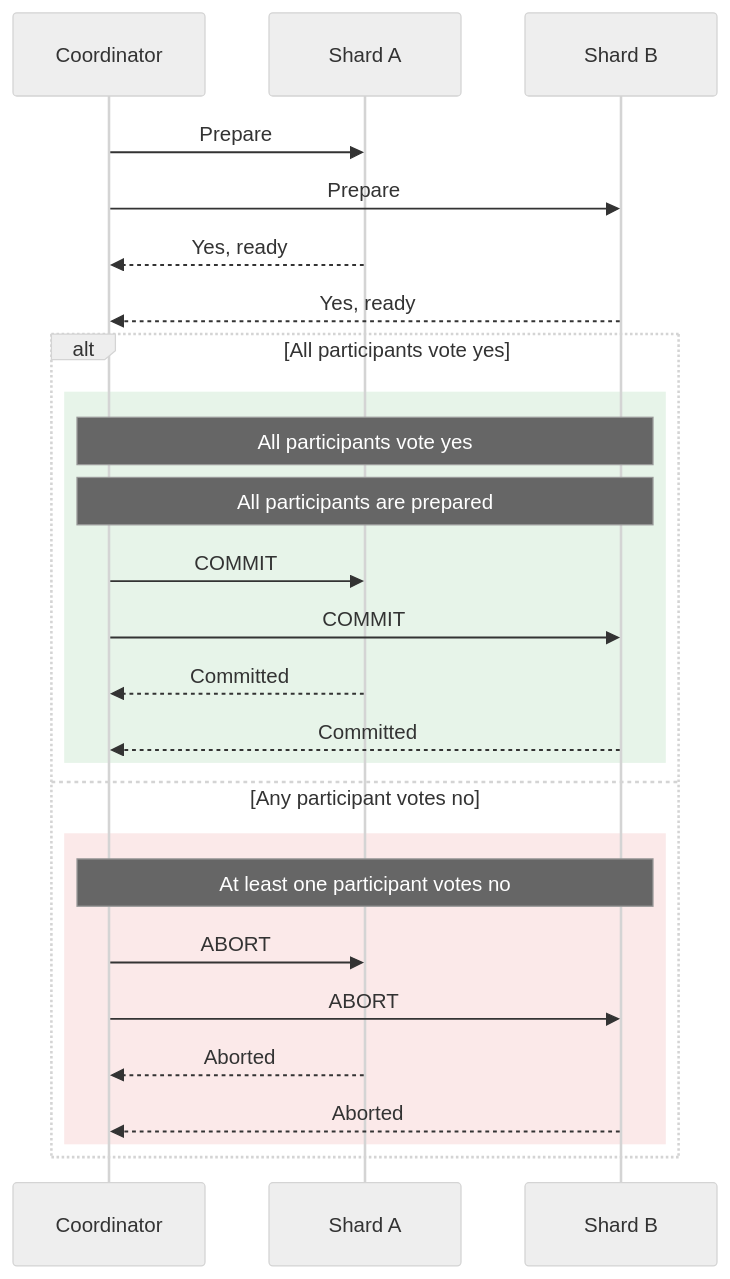
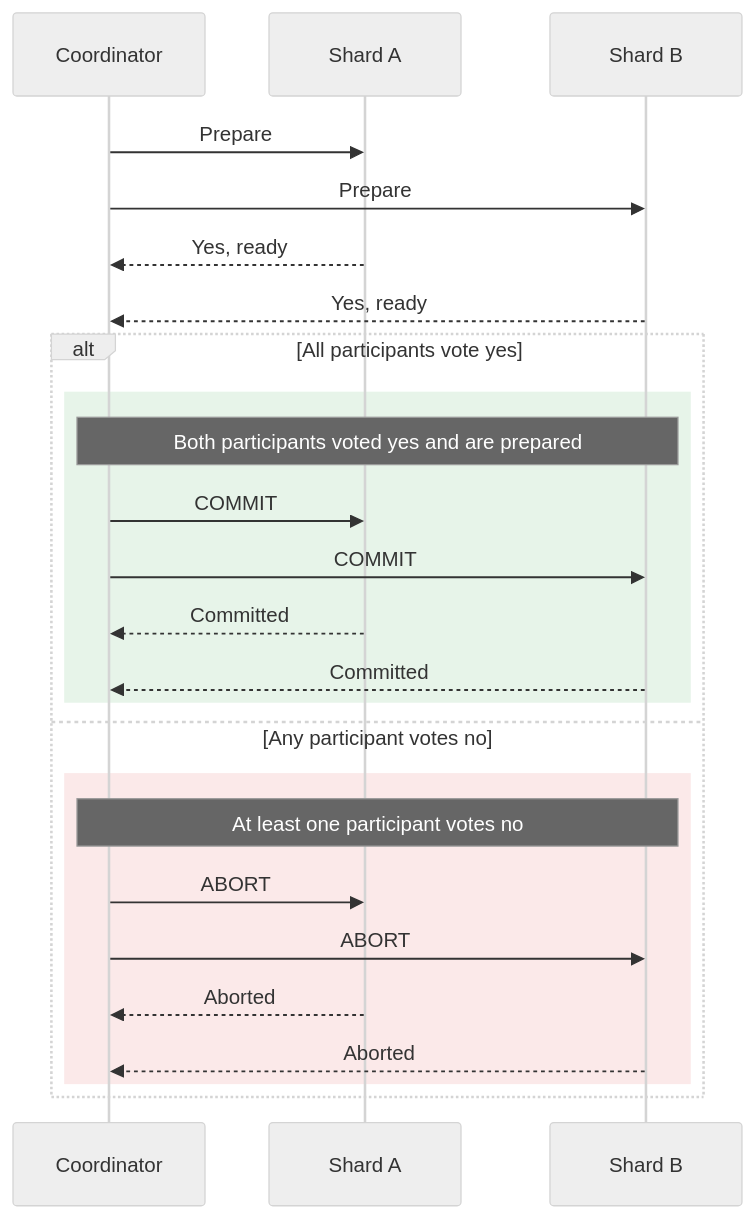
One commit to wcygan/wcygan.net changed the diagram in src/diagrams/distributed-transactions/two-phase-commit.mmd. Above: the diagram before and after it, drawn with Mermaid (neutral theme). The commit also changed 19 other files, not shown here.

```diff
--- a/src/diagrams/distributed-transactions/two-phase-commit.mmd
+++ b/src/diagrams/distributed-transactions/two-phase-commit.mmd
@@ -1,29 +1,28 @@
 sequenceDiagram
     accTitle: Two-phase commit call sequence
     accDescr: The coordinator asks both shards to prepare and waits for their votes. If both vote yes, it sends commit and waits for acknowledgements. If either votes no, it sends abort to both shards.
     participant C as Coordinator
     participant A as Shard A
     participant B as Shard B
 
     C->>A: Prepare
     C->>B: Prepare
     A-->>C: Yes, ready
     B-->>C: Yes, ready
     alt All participants vote yes
         rect rgb(231, 244, 233)
-        Note over C,B: All participants vote yes
-        Note over C,B: All participants are prepared
+        Note over C,B: Both participants voted yes and are prepared
         C->>A: COMMIT
         C->>B: COMMIT
         A-->>C: Committed
         B-->>C: Committed
         end
     else Any participant votes no
         rect rgb(251, 233, 233)
         Note over C,B: At least one participant votes no
         C->>A: ABORT
         C->>B: ABORT
         A-->>C: Aborted
         B-->>C: Aborted
         end
     end
```
